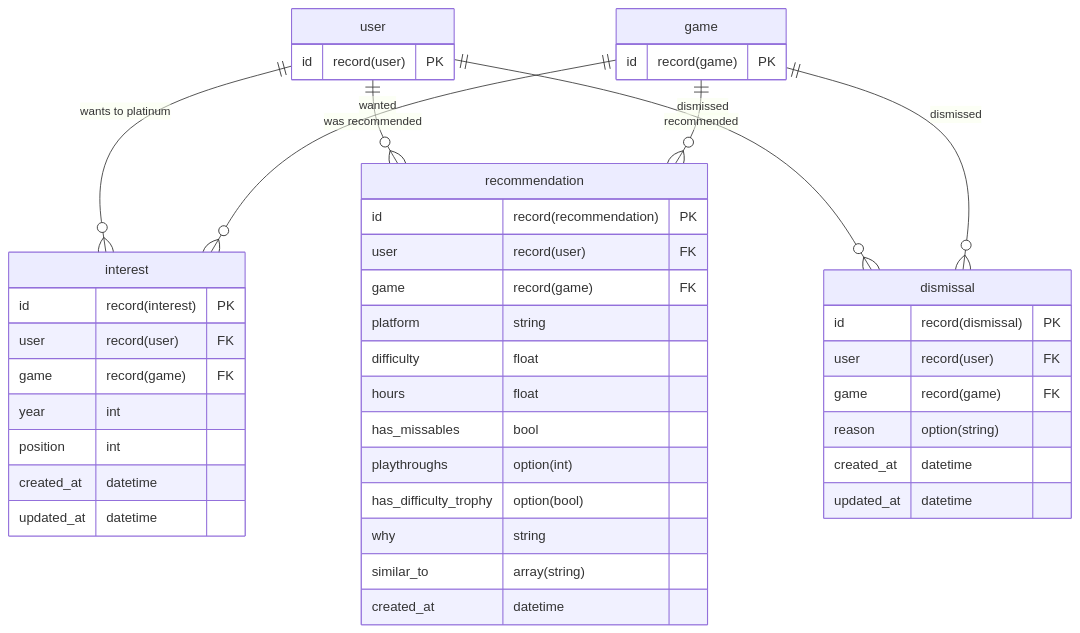
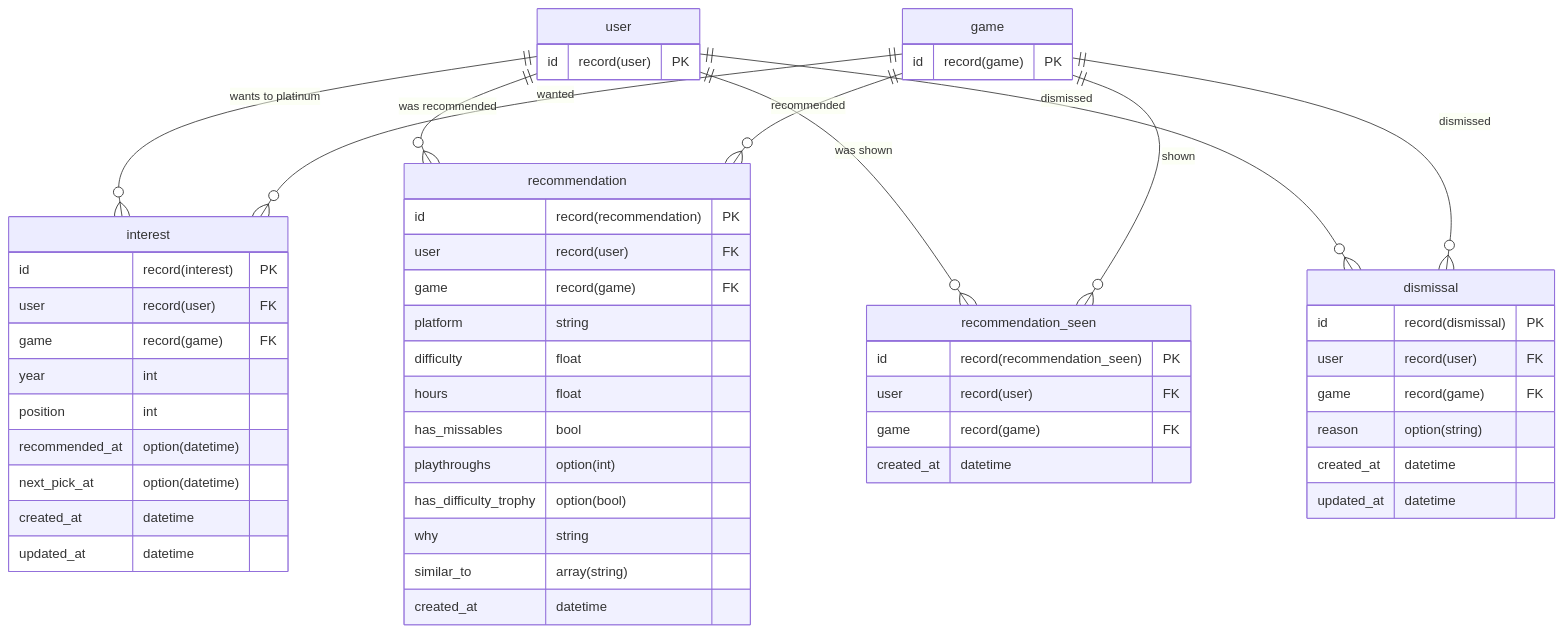
The second of 5 diagrams in docs/database.md (renatoaug/platjourney), drawn with Mermaid before and after one commit. The commit also changed other lines of this file, not shown here.

Commit message:
docs(database): taste preferences, interest tags and shown recommendations

````diff
--- a/docs/database.md
+++ b/docs/database.md
@@ -105,46 +106,56 @@
 ```mermaid
 erDiagram
     user ||--o{ interest : "wants to platinum"
     game ||--o{ interest : "wanted"
     user ||--o{ recommendation : "was recommended"
     game ||--o{ recommendation : "recommended"
+    user ||--o{ recommendation_seen : "was shown"
+    game ||--o{ recommendation_seen : "shown"
     user ||--o{ dismissal : "dismissed"
     game ||--o{ dismissal : "dismissed"
     interest {
         id record(interest) PK
         user record(user) FK
         game record(game) FK
         year int
         position int
+        recommended_at option(datetime)
+        next_pick_at option(datetime)
         created_at datetime
         updated_at datetime
     }
     recommendation {
         id record(recommendation) PK
         user record(user) FK
         game record(game) FK
         platform string
         difficulty float
         hours float
         has_missables bool
         playthroughs option(int)
         has_difficulty_trophy option(bool)
         why string
         similar_to array(string)
         created_at datetime
     }
+    recommendation_seen {
+        id record(recommendation_seen) PK
+        user record(user) FK
+        game record(game) FK
+        created_at datetime
+    }
     dismissal {
         id record(dismissal) PK
         user record(user) FK
         game record(game) FK
         reason option(string)
         created_at datetime
         updated_at datetime
     }
     user {
         id record(user) PK
     }
     game {
         id record(game) PK
     }
 ```
````
